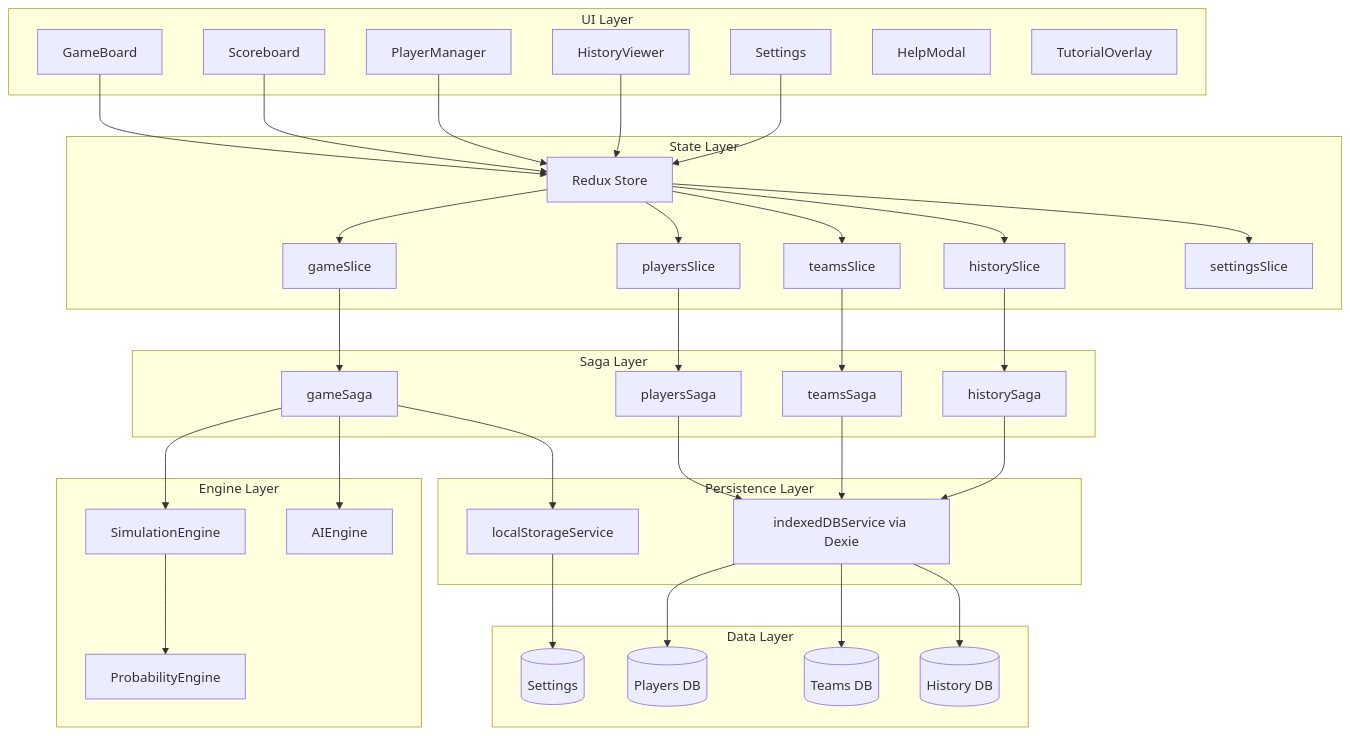
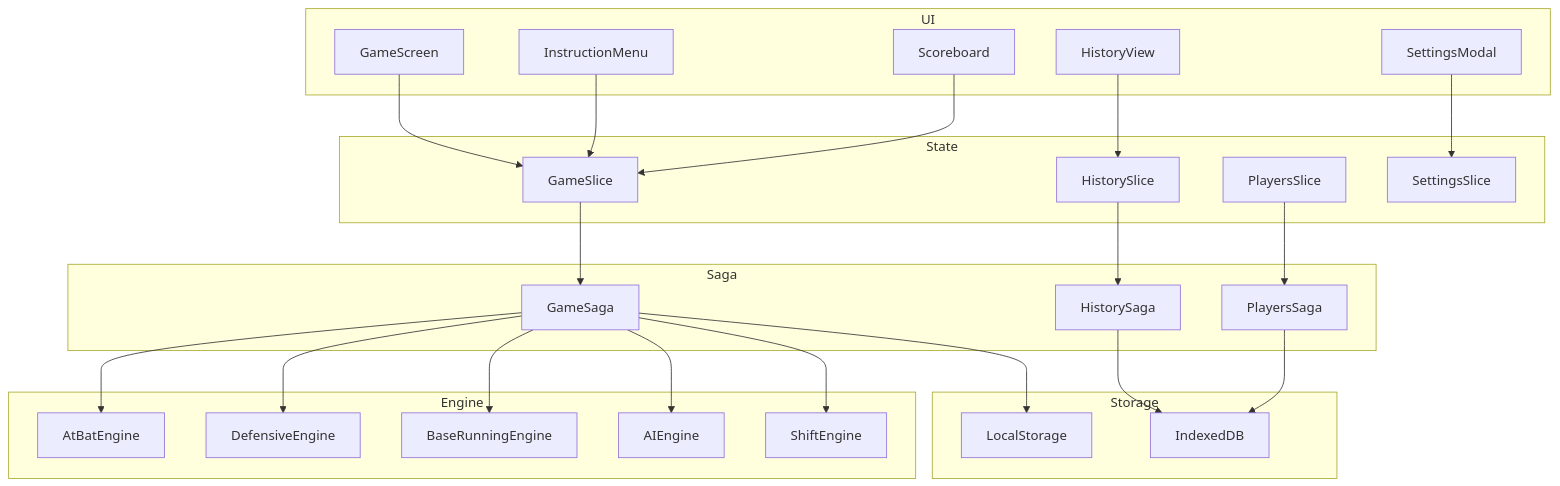
Before and after one commit to Sione/noraneko: the first of 5 diagrams in .kiro/specs/text-based-baseball-manager/design.md, drawn with Mermaid. The commit also changed other lines of this file and 54 other files, not shown here.

````diff
--- a/.kiro/specs/text-based-baseball-manager/design.md
+++ b/.kiro/specs/text-based-baseball-manager/design.md
@@ -32,77 +28,52 @@
 ```mermaid
 graph TB
-    subgraph UI Layer
-        GameBoard[GameBoard]
-        Scoreboard[Scoreboard]
-        PlayerManager[PlayerManager]
-        HistoryViewer[HistoryViewer]
-        Settings[Settings]
-        HelpModal[HelpModal]
-        TutorialOverlay[TutorialOverlay]
-    end
+  subgraph UI
+    GameScreen
+    InstructionMenu
+    Scoreboard
+    HistoryView
+    SettingsModal
+  end
+  subgraph State
+    GameSlice
+    SettingsSlice
+    PlayersSlice
+    HistorySlice
+  end
+  subgraph Saga
+    GameSaga
+    PlayersSaga
+    HistorySaga
+  end
+  subgraph Engine
+    AtBatEngine
+    DefensiveEngine
+    BaseRunningEngine
+    AIEngine
+    ShiftEngine
+  end
+  subgraph Storage
+    LocalStorage
+    IndexedDB
+  end
 
-    subgraph State Layer
-        Store[Redux Store]
-        GameSlice[gameSlice]
-        PlayersSlice[playersSlice]
-        TeamsSlice[teamsSlice]
-        HistorySlice[historySlice]
-        SettingsSlice[settingsSlice]
-    end
+  GameScreen --> GameSlice
+  InstructionMenu --> GameSlice
+  Scoreboard --> GameSlice
+  HistoryView --> HistorySlice
+  SettingsModal --> SettingsSlice
 
-    subgraph Saga Layer
-        GameSaga[gameSaga]
-        PlayersSaga[playersSaga]
-        TeamsSaga[teamsSaga]
-        HistorySaga[historySaga]
-    end
+  GameSlice --> GameSaga
+  PlayersSlice --> PlayersSaga
+  HistorySlice --> HistorySaga
 
-    subgraph Engine Layer
-        SimulationEngine[SimulationEngine]
-        ProbabilityEngine[ProbabilityEngine]
-        AIEngine[AIEngine]
-    end
+  GameSaga --> AtBatEngine
+  GameSaga --> DefensiveEngine
+  GameSaga --> BaseRunningEngine
+  GameSaga --> AIEngine
+  GameSaga --> ShiftEngine
 
-    subgraph Persistence Layer
-        LocalStorageService[localStorageService]
-        IndexedDBService[indexedDBService via Dexie]
-    end
-
-    subgraph Data Layer
-        PlayersDB[(Players DB)]
-        TeamsDB[(Teams DB)]
-        HistoryDB[(History DB)]
-        SettingsStorage[(Settings)]
-    end
-
-    GameBoard --> Store
-    Scoreboard --> Store
-    PlayerManager --> Store
-    HistoryViewer --> Store
-    Settings --> Store
-
-    Store --> GameSlice
-    Store --> PlayersSlice
-    Store --> TeamsSlice
-    Store --> HistorySlice
-    Store --> SettingsSlice
-
-    GameSlice --> GameSaga
-    PlayersSlice --> PlayersSaga
-    TeamsSlice --> TeamsSaga
-    HistorySlice --> HistorySaga
-
-    GameSaga --> SimulationEngine
-    GameSaga --> AIEngine
-    SimulationEngine --> ProbabilityEngine
-
-    PlayersSaga --> IndexedDBService
-    TeamsSaga --> IndexedDBService
-    HistorySaga --> IndexedDBService
-    GameSaga --> LocalStorageService
-
-    IndexedDBService --> PlayersDB
-    IndexedDBService --> TeamsDB
-    IndexedDBService --> HistoryDB
-    LocalStorageService --> SettingsStorage
+  GameSaga --> LocalStorage
+  PlayersSaga --> IndexedDB
+  HistorySaga --> IndexedDB
 ```
````
